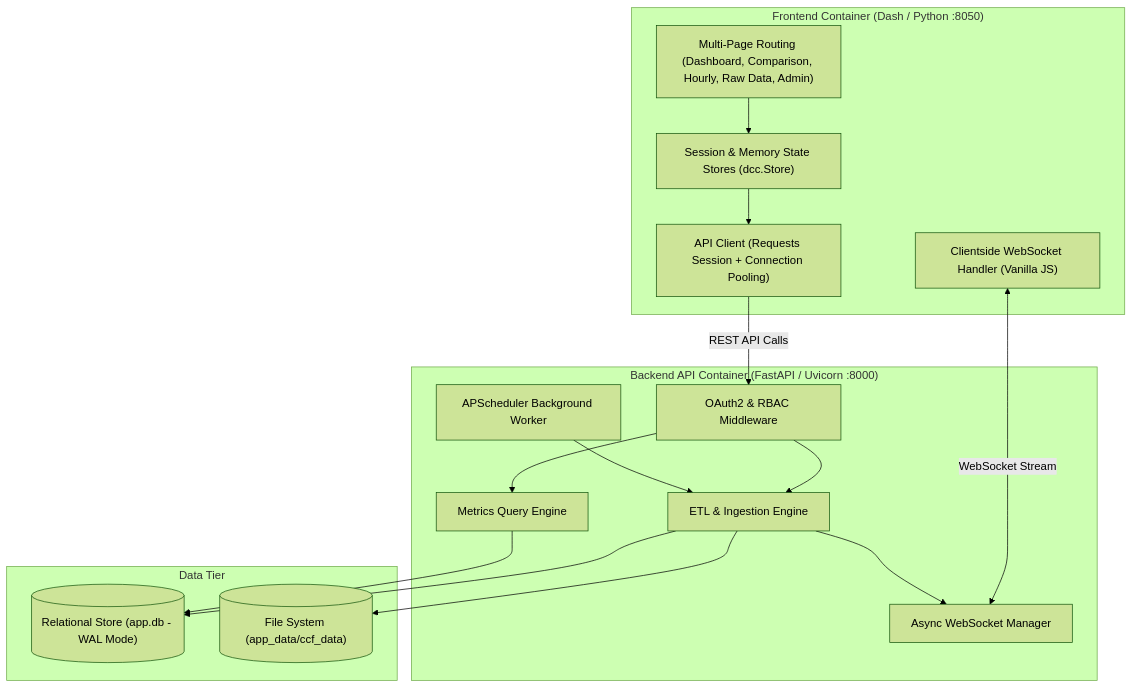
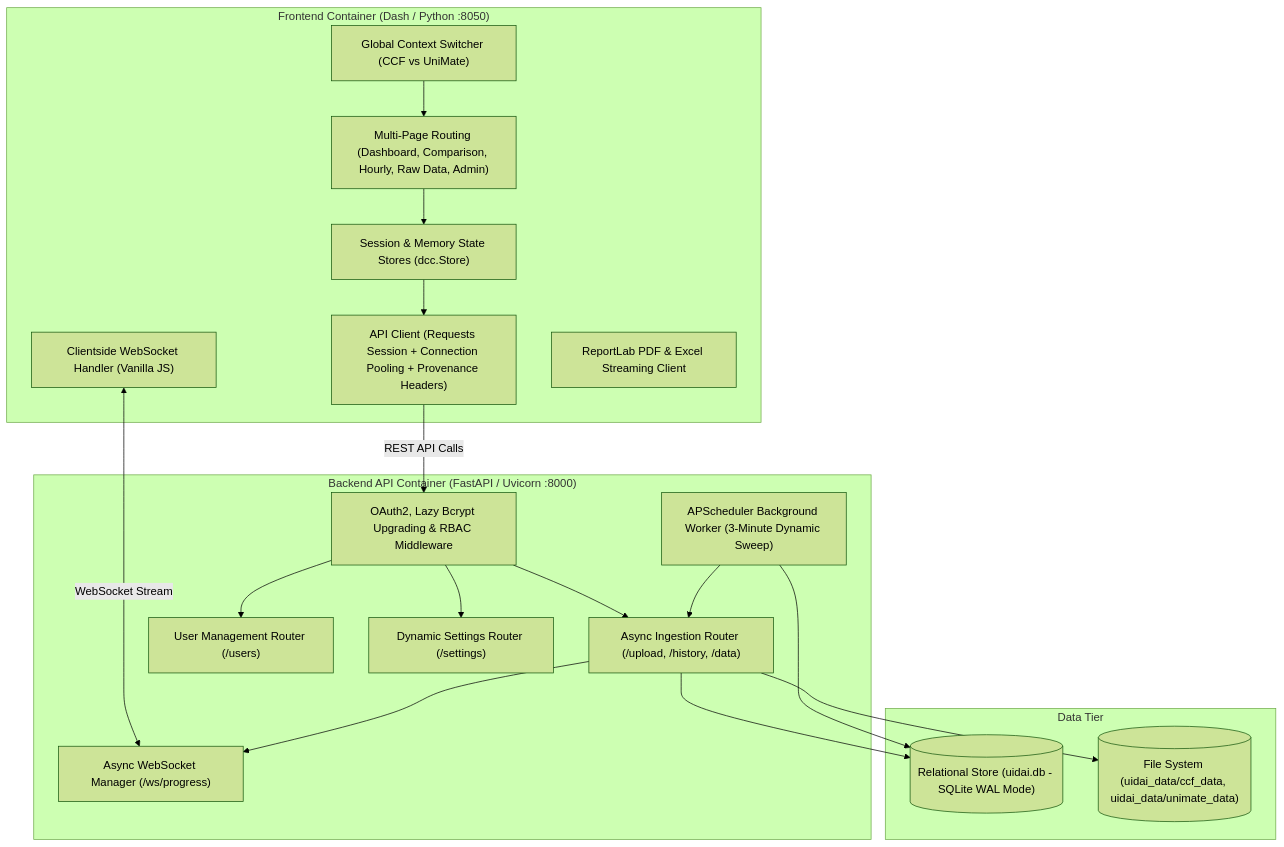
One commit to IDKHowToCodeFR/uidai-dashboard changed the third of 7 diagrams in ARCHITECTURE.md. Above: the diagram before and after it, drawn with Mermaid (forest theme). The commit also changed other lines of this file and 7 other files, not shown here.

````diff
--- a/ARCHITECTURE.md
+++ b/ARCHITECTURE.md
@@ -70,34 +83,39 @@
 ```mermaid
 graph TB
     subgraph FrontendApp ["Frontend Container (Dash / Python :8050)"]
+        UI_Context["Global Context Switcher (CCF vs UniMate)"]
         UI_Pages["Multi-Page Routing (Dashboard, Comparison, Hourly, Raw Data, Admin)"]
         UI_State["Session & Memory State Stores (dcc.Store)"]
-        UI_Client["API Client (Requests Session + Connection Pooling)"]
+        UI_Client["API Client (Requests Session + Connection Pooling + Provenance Headers)"]
         UI_WS["Clientside WebSocket Handler (Vanilla JS)"]
+        UI_Export["ReportLab PDF & Excel Streaming Client"]
     end
 
     subgraph BackendApp ["Backend API Container (FastAPI / Uvicorn :8000)"]
-        API_Auth["OAuth2 & RBAC Middleware"]
-        API_Upload["ETL & Ingestion Engine"]
-        API_Metrics["Metrics Query Engine"]
-        API_WS["Async WebSocket Manager"]
-        API_Sched["APScheduler Background Worker"]
+        API_Auth["OAuth2, Lazy Bcrypt Upgrading & RBAC Middleware"]
+        API_Upload["Async Ingestion Router (/upload, /history, /data)"]
+        API_Users["User Management Router (/users)"]
+        API_Settings["Dynamic Settings Router (/settings)"]
+        API_WS["Async WebSocket Manager (/ws/progress)"]
+        API_Sched["APScheduler Background Worker (3-Minute Dynamic Sweep)"]
     end
 
     subgraph DataTier ["Data Tier"]
-        DB[("Relational Store (app.db - WAL Mode)")]
-        DiskFS[("File System (app_data/ccf_data)")]
+        DB[("Relational Store (uidai.db - SQLite WAL Mode)")]
+        DiskFS[("File System (uidai_data/ccf_data, uidai_data/unimate_data)")]
     end
 
+    UI_Context --> UI_Pages
     UI_Pages --> UI_State
     UI_State --> UI_Client
     UI_WS <-->|WebSocket Stream| API_WS
     UI_Client -->|REST API Calls| API_Auth
-    API_Auth --> API_Metrics
     API_Auth --> API_Upload
+    API_Auth --> API_Users
+    API_Auth --> API_Settings
     API_Upload --> API_WS
     API_Upload --> DiskFS
     API_Upload --> DB
-    API_Metrics --> DB
     API_Sched --> API_Upload
+    API_Sched --> DB
 ```
````
